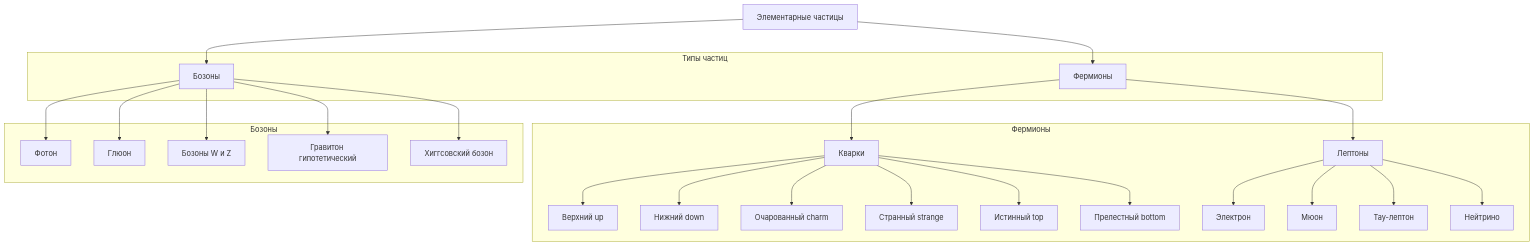
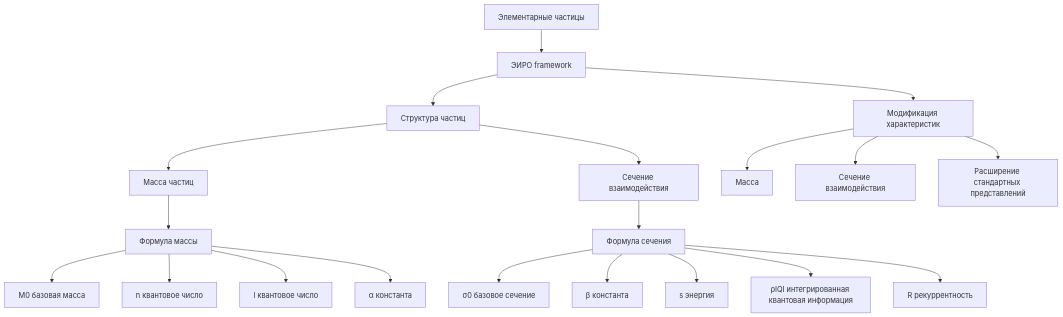
Before and after one commit to commeta/consciousness: diagram 11 of 28 in The-Theory-of-Everything.md, drawn with Mermaid. The commit also changed other lines of this file, not shown here.

````diff
--- a/The-Theory-of-Everything.md
+++ b/The-Theory-of-Everything.md
@@ -416,53 +348,22 @@
 ```mermaid
-graph TB
-    A[Элементарные частицы]
-    A --> B[Фермионы]
-    A --> C[Бозоны]
-
-    B --> D[Кварки]
-    B --> E[Лептоны]
-    D --> F[Верхний up]
-    D --> G[Нижний down]
-    D --> H[Очарованный charm]
-    D --> I[Странный strange]
-    D --> J[Истинный top]
-    D --> K[Прелестный bottom]
-    E --> L[Электрон]
-    E --> M[Мюон]
-    E --> N[Тау-лептон]
-    E --> O[Нейтрино]
-
-    C --> P[Фотон]
-    C --> Q[Глюон]
-    C --> R[Бозоны W и Z]
-    C --> S[Гравитон гипотетический]
-    C --> T[Хиггсовский бозон]
-
-    subgraph Типы частиц
-        B
-        C
-    end
-
-    subgraph Фермионы
-        D
-        E
-        F
-        G
-        H
-        I
-        J
-        K
-        L
-        M
-        N
-        O
-    end
-
-    subgraph Бозоны
-        P
-        Q
-        R
-        S
-        T
-    end
+graph TD
+    A[Элементарные частицы] --> B[ЭИРО framework]
+    B --> C[Структура частиц]
+    C --> D[Масса частиц]
+    D --> E[Формула массы]
+    E --> F[М0 базовая масса]
+    E --> G[n квантовое число]
+    E --> H[l квантовое число]
+    E --> I[α константа]
+    C --> J[Сечение взаимодействия]
+    J --> K[Формула сечения]
+    K --> L[σ0 базовое сечение]
+    K --> M[β константа]
+    K --> N[s энергия]
+    K --> O[ρIQI интегрированная квантовая информация]
+    K --> P[R рекуррентность]
+    B --> Q[Модификация характеристик]
+    Q --> R[Масса]
+    Q --> S[Сечение взаимодействия]
+    Q --> T[Расширение стандартных представлений]
 ```
````
